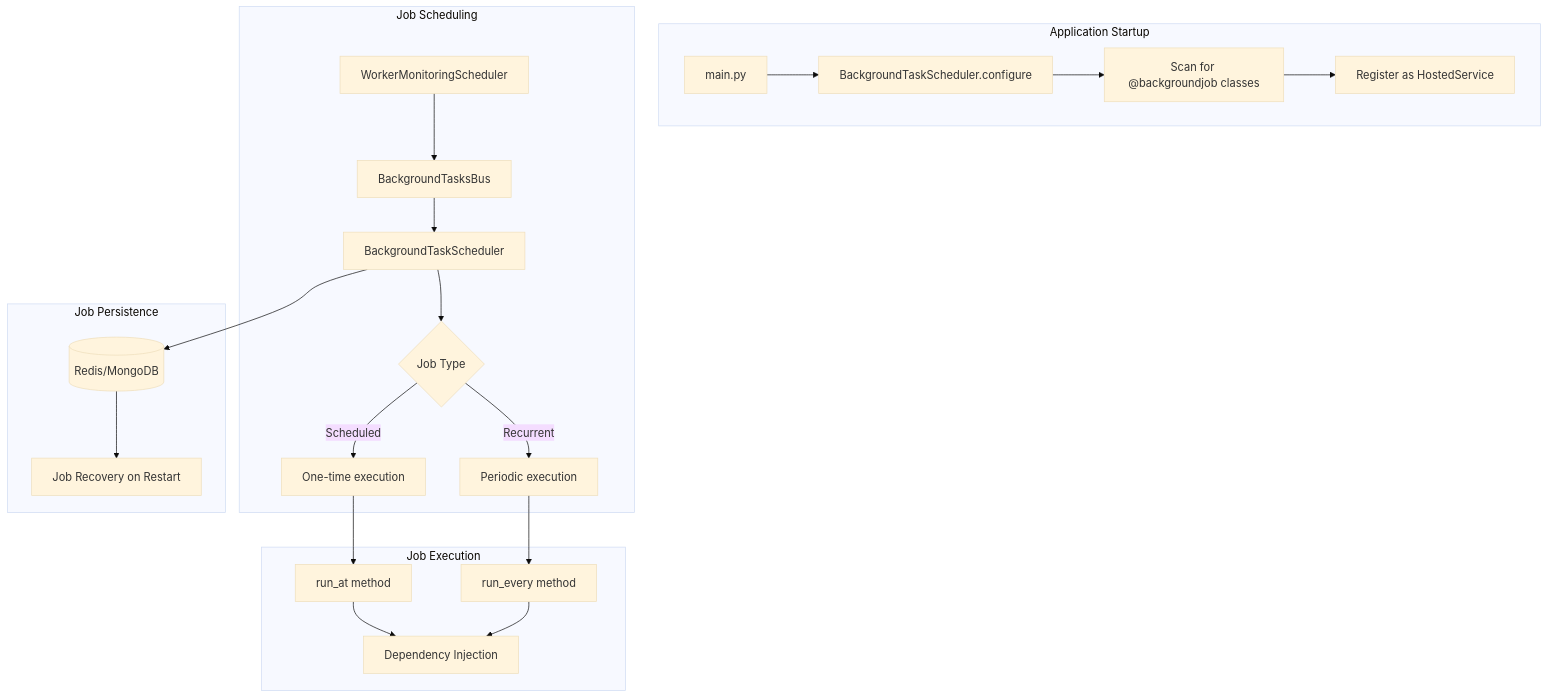
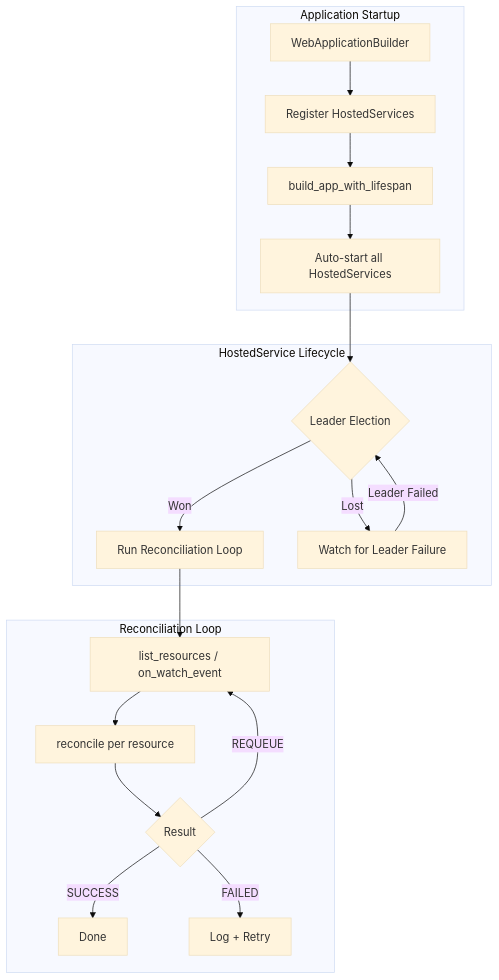
One commit to bvandewe/cml-cloud-manager changed the diagram in docs/architecture/background-scheduling.md. Above: the diagram before and after it, drawn with Mermaid (base theme). The commit also changed other lines of this file and 689 other files, not shown here.

````diff
--- a/docs/architecture/background-scheduling.md
+++ b/docs/architecture/background-scheduling.md
@@ -16,28 +21,24 @@
 ```mermaid
-graph TB
+graph TD
     subgraph "Application Startup"
-        A[main.py] --> B[BackgroundTaskScheduler.configure]
-        B --> C[Scan for @backgroundjob classes]
-        C --> D[Register as HostedService]
+        A[WebApplicationBuilder] --> B[Register HostedServices]
+        B --> C[build_app_with_lifespan]
+        C --> D[Auto-start all HostedServices]
     end
 
-    subgraph "Job Scheduling"
-        E[WorkerMonitoringScheduler] --> F[BackgroundTasksBus]
-        F --> G[BackgroundTaskScheduler]
-        G --> H{Job Type}
-        H -->|Scheduled| I[One-time execution]
-        H -->|Recurrent| J[Periodic execution]
+    subgraph "HostedService Lifecycle"
+        D --> E{Leader Election}
+        E -->|Won| F[Run Reconciliation Loop]
+        E -->|Lost| G[Watch for Leader Failure]
+        G -->|Leader Failed| E
     end
 
-    subgraph "Job Persistence"
-        G --> K[(Redis/MongoDB)]
-        K --> L[Job Recovery on Restart]
-    end
-
-    subgraph "Job Execution"
-        I --> M[run_at method]
-        J --> N[run_every method]
-        M --> O[Dependency Injection]
-        N --> O
+    subgraph "Reconciliation Loop"
+        F --> H[list_resources / on_watch_event]
+        H --> I[reconcile per resource]
+        I --> J{Result}
+        J -->|SUCCESS| K[Done]
+        J -->|REQUEUE| H
+        J -->|FAILED| L[Log + Retry]
     end
 ```
````
